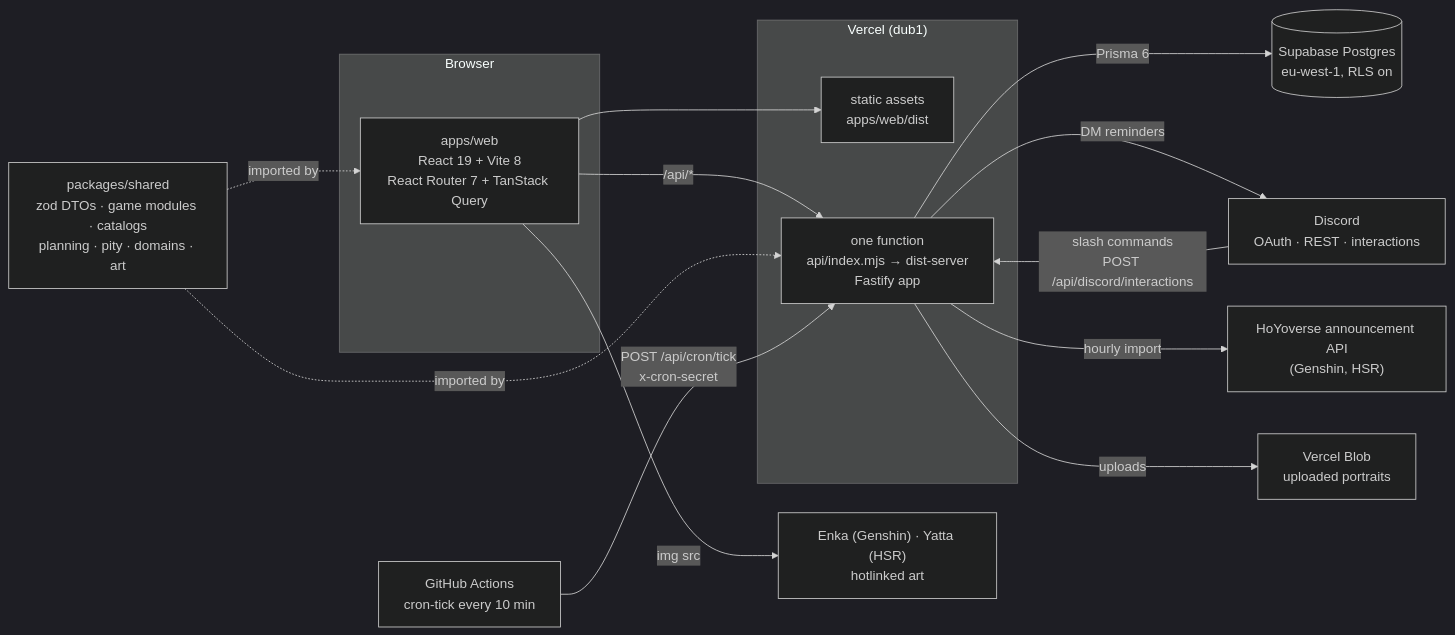
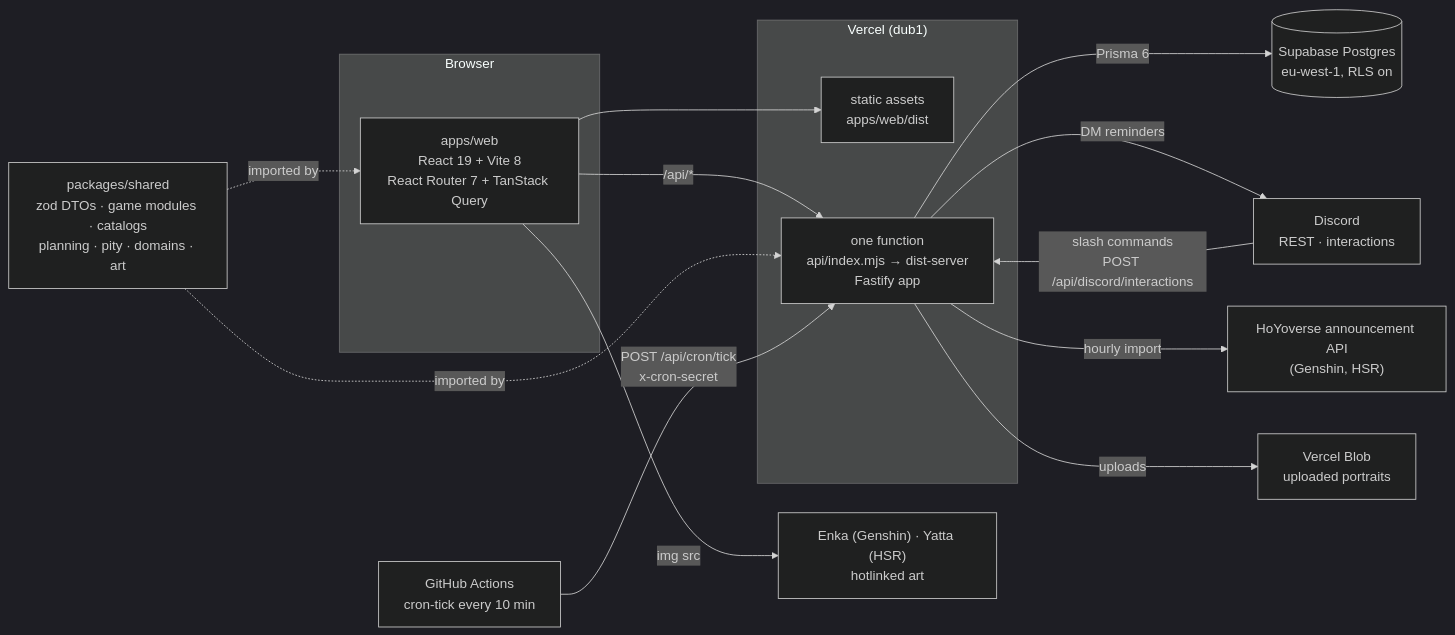
One commit to adam-riffi/gacha-hub changed the first of 6 diagrams in docs/PROJECT-GUIDE.md. Above: the diagram before and after it, drawn with Mermaid (dark theme). The commit also changed other lines of this file and 12 other files, not shown here.

````diff
--- a/docs/PROJECT-GUIDE.md
+++ b/docs/PROJECT-GUIDE.md
@@ -110,29 +110,29 @@
 ```mermaid
 flowchart LR
   subgraph Browser
     W["apps/web<br/>React 19 + Vite 8<br/>React Router 7 + TanStack Query"]
   end
   subgraph Vercel["Vercel (dub1)"]
     STATIC["static assets<br/>apps/web/dist"]
     F["one function<br/>api/index.mjs → dist-server<br/>Fastify app"]
   end
   S["packages/shared<br/>zod DTOs · game modules · catalogs<br/>planning · pity · domains · art"]
   DB[("Supabase Postgres<br/>eu-west-1, RLS on")]
   GH["GitHub Actions<br/>cron-tick every 10 min"]
-  DC["Discord<br/>OAuth · REST · interactions"]
+  DC["Discord<br/>REST · interactions"]
   HOYO["HoYoverse announcement API<br/>(Genshin, HSR)"]
   ART["Enka (Genshin) · Yatta (HSR)<br/>hotlinked art"]
   BLOB["Vercel Blob<br/>uploaded portraits"]
 
   W -- "/api/*" --> F
   W --> STATIC
   S -. imported by .-> W
   S -. imported by .-> F
   F -- Prisma 6 --> DB
   GH -- "POST /api/cron/tick<br/>x-cron-secret" --> F
   F -- "DM reminders" --> DC
   DC -- "slash commands<br/>POST /api/discord/interactions" --> F
   F -- "hourly import" --> HOYO
   W -- "img src" --> ART
   F -- uploads --> BLOB
 ```
````
